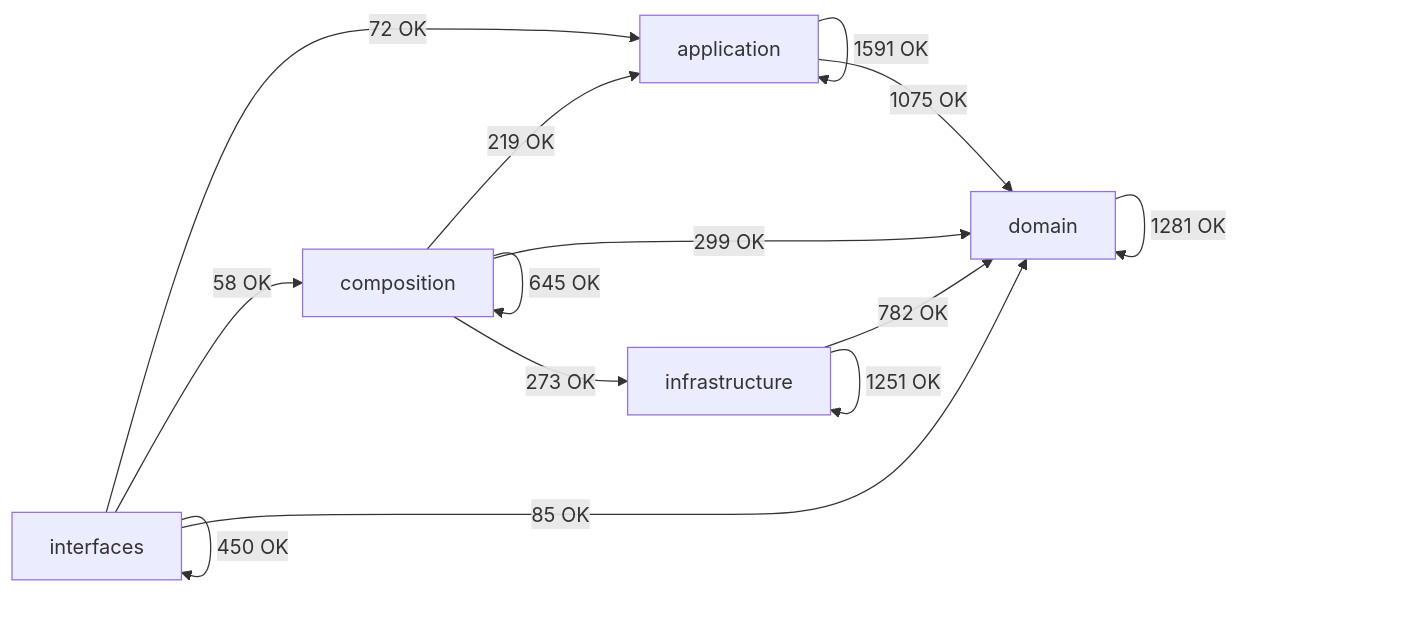
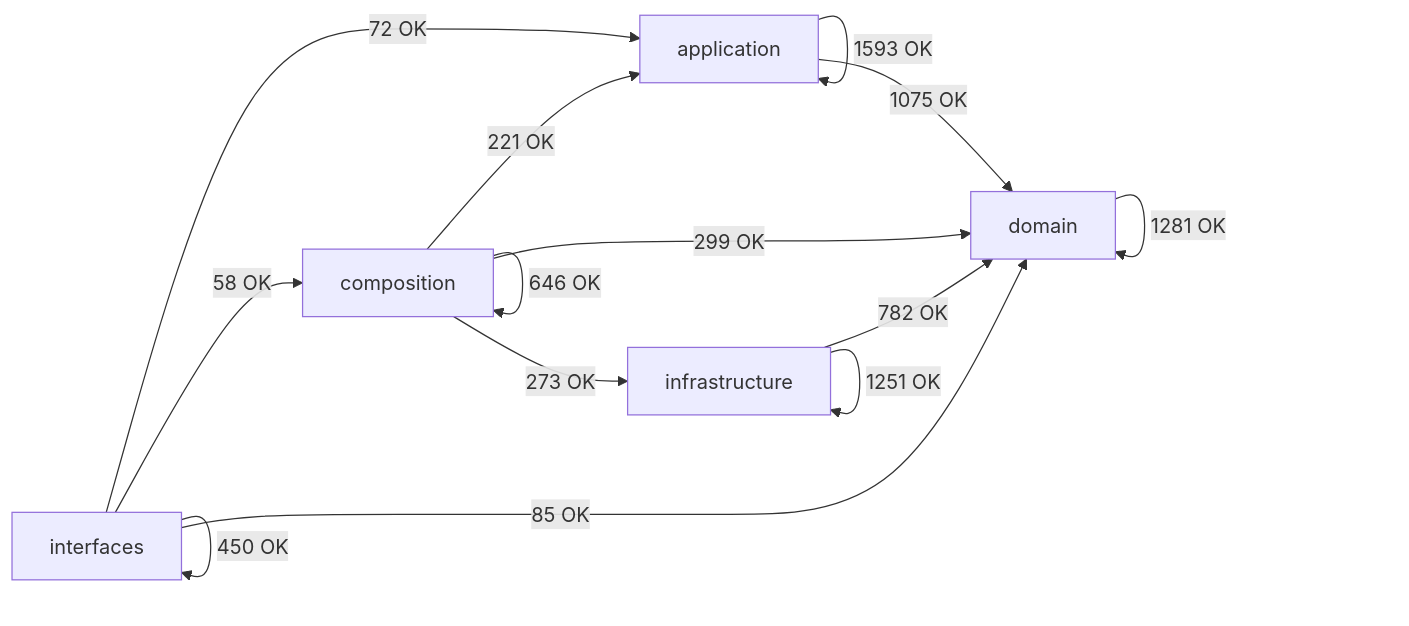
The diagram in docs/02-architecture/generated/module-dependency-map.md (SatoryKono/BioactivityDataAcquisition), drawn with Mermaid before and after one commit. The commit also changed other lines of this file and 18 other files, not shown here.

````diff
--- a/docs/02-architecture/generated/module-dependency-map.md
+++ b/docs/02-architecture/generated/module-dependency-map.md
@@ -17,21 +17,21 @@
 ```mermaid
 flowchart LR
     domain[domain]
     application[application]
     infrastructure[infrastructure]
     composition[composition]
     interfaces[interfaces]
-    application -->|1591 OK| application
+    application -->|1593 OK| application
     application -->|1075 OK| domain
-    composition -->|219 OK| application
-    composition -->|645 OK| composition
+    composition -->|221 OK| application
+    composition -->|646 OK| composition
     composition -->|299 OK| domain
     composition -->|273 OK| infrastructure
     domain -->|1281 OK| domain
     infrastructure -->|782 OK| domain
     infrastructure -->|1251 OK| infrastructure
     interfaces -->|72 OK| application
     interfaces -->|58 OK| composition
     interfaces -->|85 OK| domain
     interfaces -->|450 OK| interfaces
 ```
````
